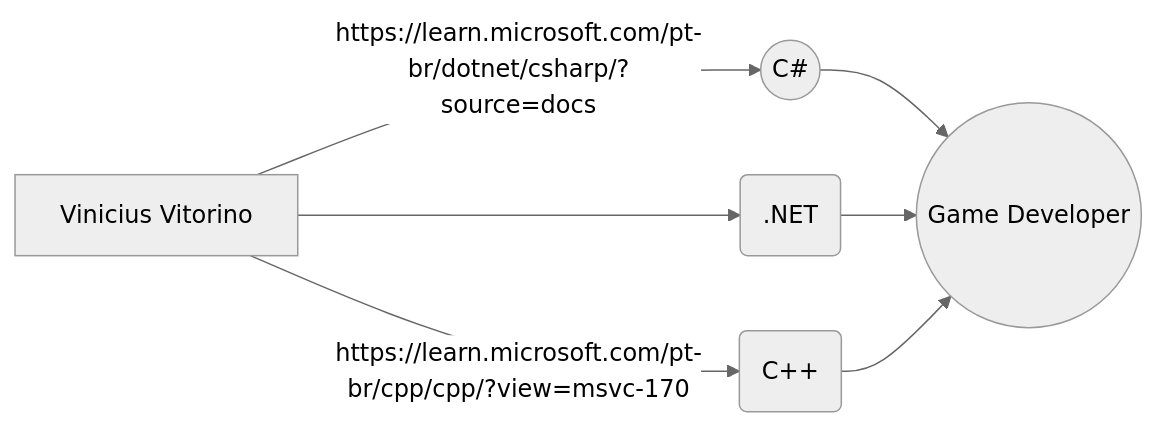
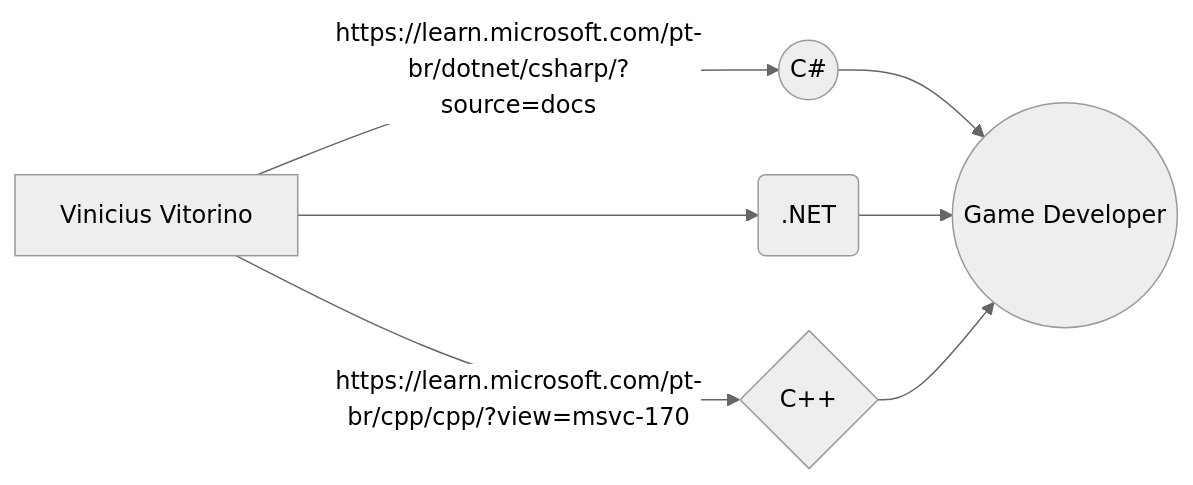
Before and after one commit to ViniciusVitorinoSantos/EstudosCS: the diagram in README.md, drawn with Mermaid (neutral theme).

````diff
--- a/README.md
+++ b/README.md
@@ -4,9 +4,9 @@
 ```mermaid
 graph LR
 A[Vinicius Vitorino] -- https://learn.microsoft.com/pt-br/dotnet/csharp/?source=docs --> B((C#))
 A --> C(.NET)
-A -- https://learn.microsoft.com/pt-br/cpp/cpp/?view=msvc-170 --> E(C++)
+A -- https://learn.microsoft.com/pt-br/cpp/cpp/?view=msvc-170 --> E{C++}
 B --> D((Game Developer))
 C --> D
 E --> D
 ```
````
